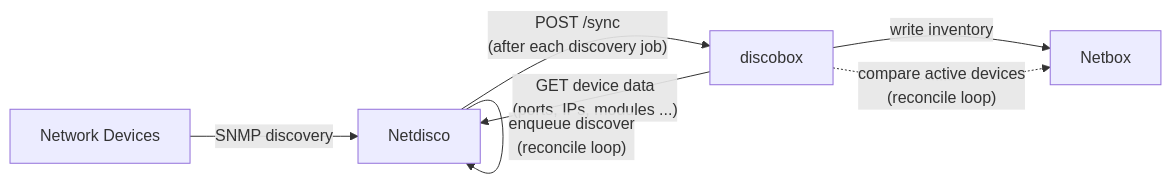
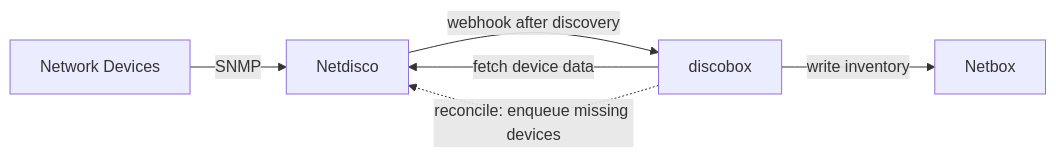
One commit to zebbra/discobox changed the diagram in README.md. Above: the diagram before and after it, drawn with Mermaid. The commit also changed 4 other files, not shown here.

First line of the commit message:
reconcile: make the Netbox device status filter configurable

````diff
--- a/README.md
+++ b/README.md
@@ -17,14 +17,13 @@
 ```mermaid
 flowchart LR
     DEV["Network Devices"]
     ND["Netdisco"]
     DB["discobox"]
     NB["Netbox"]
 
-    DEV -- "SNMP discovery" --> ND
-    ND -- "POST /sync\n(after each discovery job)" --> DB
-    DB -- "GET device data\n(ports, IPs, modules ...)" --> ND
+    DEV -- SNMP --> ND
+    ND -- "webhook after discovery" --> DB
+    DB -- "fetch device data" --> ND
     DB -- "write inventory" --> NB
-    ND -- "enqueue discover\n(reconcile loop)" --> ND
-    DB -. "compare active devices\n(reconcile loop)" .-> NB
+    DB -. "reconcile: enqueue missing devices" .-> ND
 ```
````
